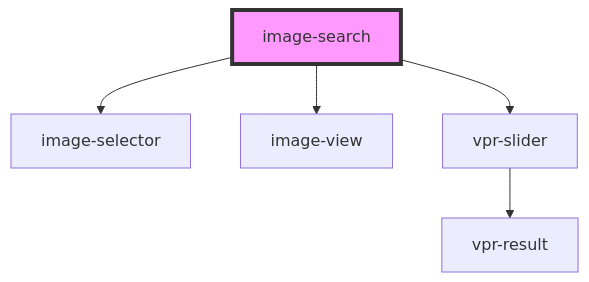
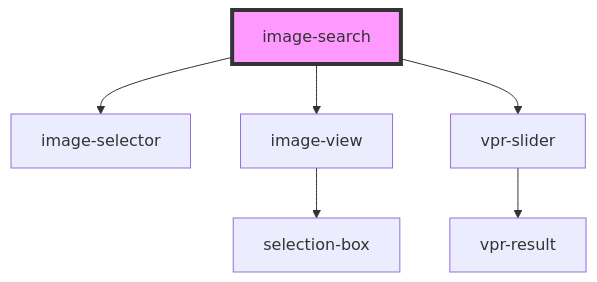
Before and after one commit to vviinn/widgets: the diagram in src/components/image-search/readme.md, drawn with Mermaid. The commit also changed other lines of this file and 1 other file, not shown here.

````diff
--- a/src/components/image-search/readme.md
+++ b/src/components/image-search/readme.md
@@ -31,8 +31,9 @@
 ```mermaid
 graph TD;
   image-search --> image-selector
   image-search --> image-view
   image-search --> vpr-slider
+  image-view --> selection-box
   vpr-slider --> vpr-result
   style image-search fill:#f9f,stroke:#333,stroke-width:4px
 ```
````
